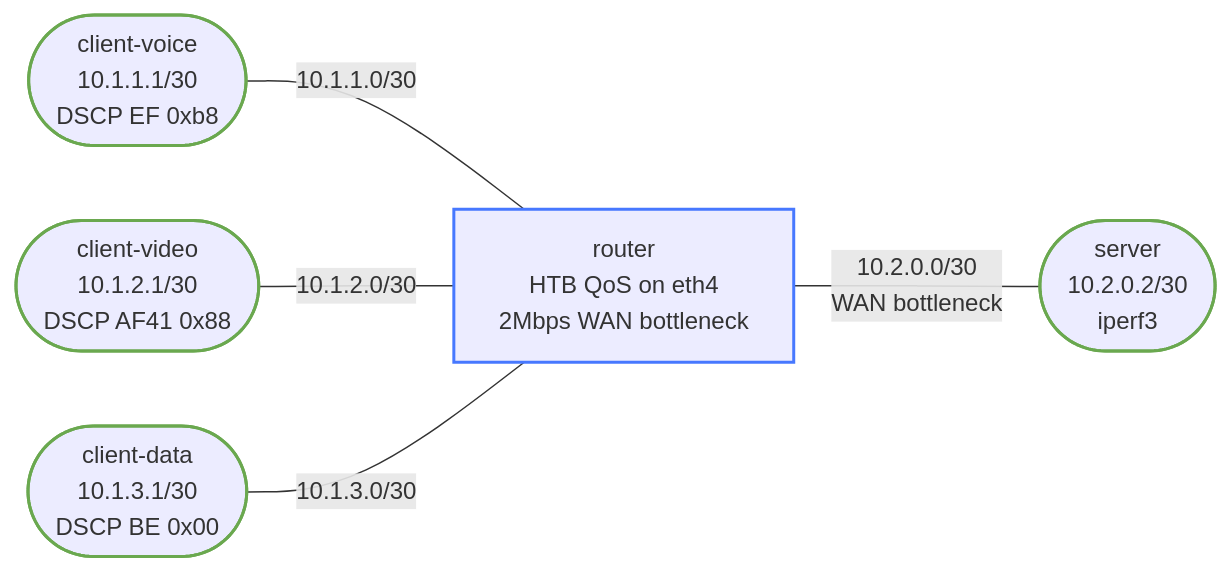
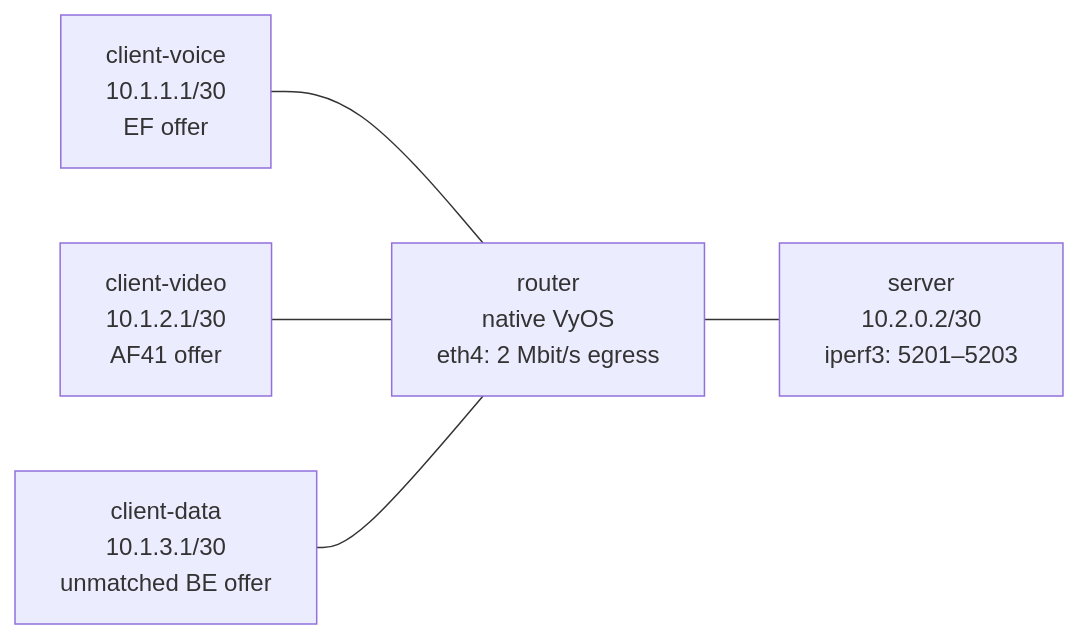
Before and after one commit to jschless/networkingLabs: the diagram in labs/qos-enterprise/README.md, drawn with Mermaid. The commit also changed other lines of this file and 147 other files, not shown here.

````diff
--- a/labs/qos-enterprise/README.md
+++ b/labs/qos-enterprise/README.md
@@ -22,19 +23,13 @@
 ```mermaid
 flowchart LR
-    voice(["client-voice<br/>10.1.1.1/30<br/>DSCP EF 0xb8"])
-    video(["client-video<br/>10.1.2.1/30<br/>DSCP AF41 0x88"])
-    data(["client-data<br/>10.1.3.1/30<br/>DSCP BE 0x00"])
-    router["router<br/>HTB QoS on eth4<br/>2Mbps WAN bottleneck"]
-    server(["server<br/>10.2.0.2/30<br/>iperf3"])
+    voice["client-voice<br/>10.1.1.1/30<br/>EF offer"]
+    video["client-video<br/>10.1.2.1/30<br/>AF41 offer"]
+    data["client-data<br/>10.1.3.1/30<br/>unmatched BE offer"]
+    router["router<br/>native VyOS<br/>eth4: 2 Mbit/s egress"]
+    server["server<br/>10.2.0.2/30<br/>iperf3: 5201–5203"]
 
-    voice -- "10.1.1.0/30" --- router
-    video -- "10.1.2.0/30" --- router
-    data -- "10.1.3.0/30" --- router
-    router -- "10.2.0.0/30<br/>WAN bottleneck" --- server
-
-    classDef router stroke:#4778ff,stroke-width:2px
-    classDef host stroke:#6aa84f,stroke-width:2px
-
-    class router router
-    class voice,video,data,server host
+    voice --- router
+    video --- router
+    data --- router
+    router --- server
 ```
````
